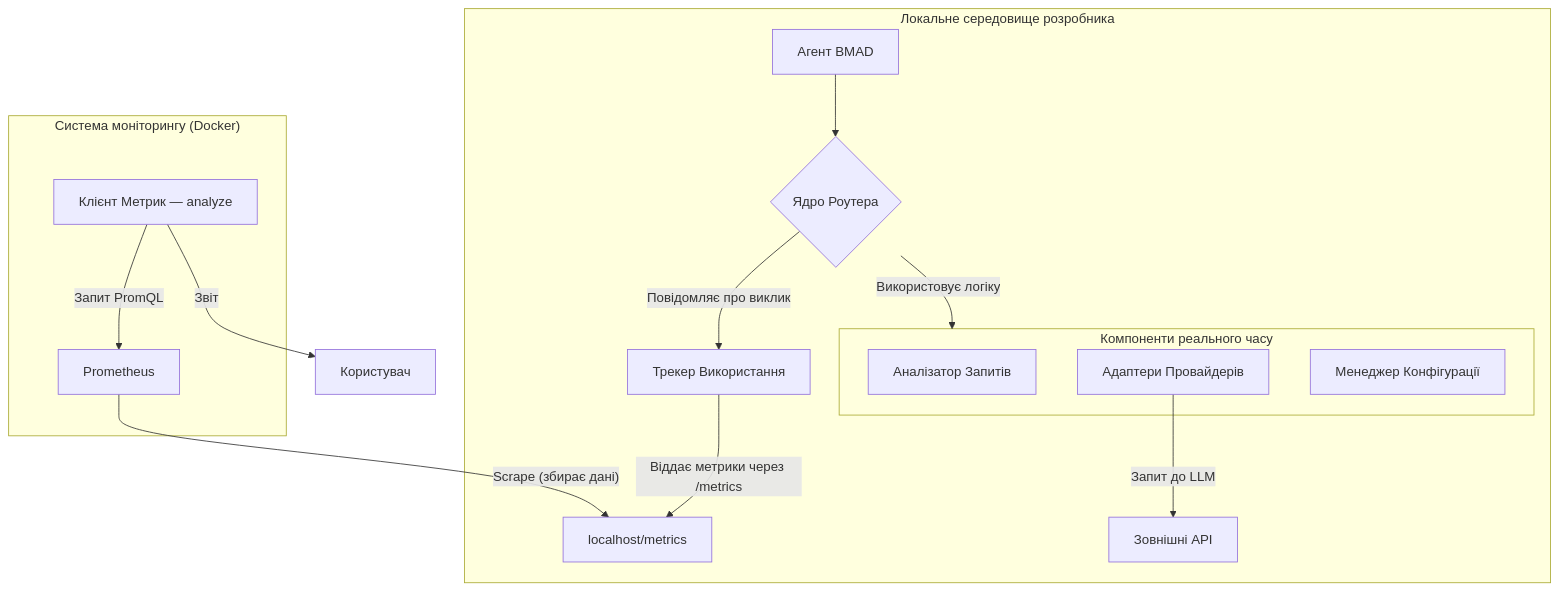
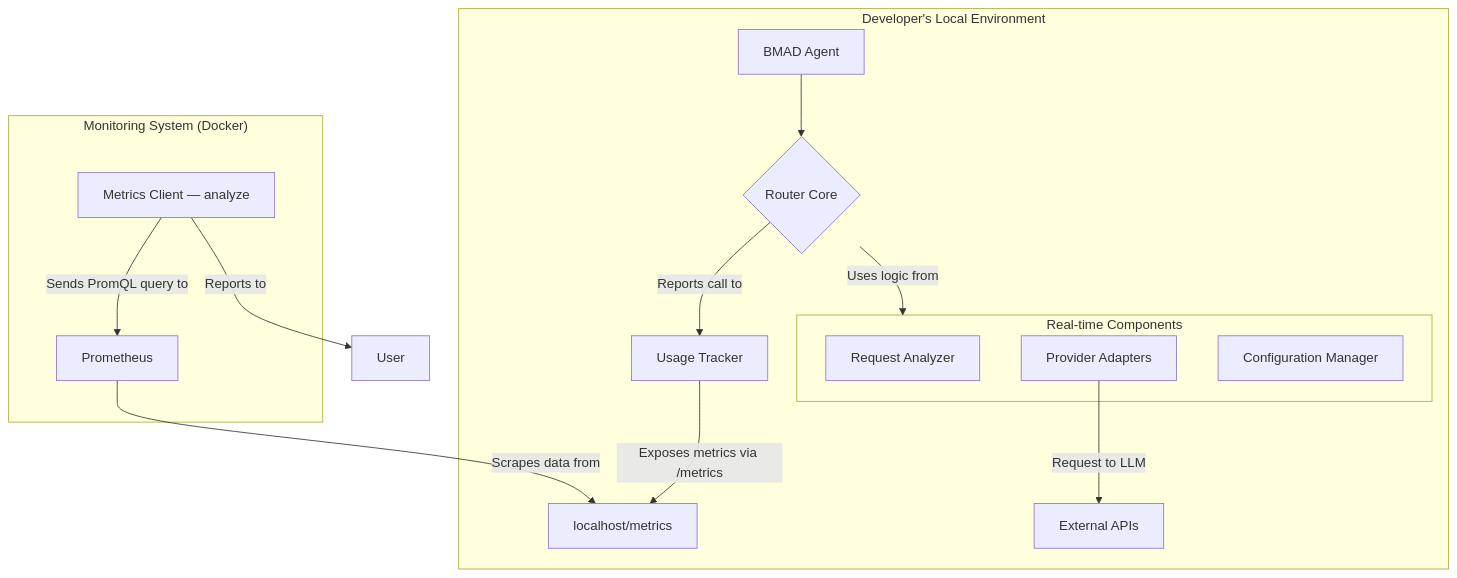
Before and after one commit to oblik-io/bmad-llm-router: the first of 2 diagrams in docs/architecture.md, drawn with Mermaid. The commit also changed other lines of this file and 4 other files, not shown here.

````diff
--- a/docs/architecture.md
+++ b/docs/architecture.md
@@ -22,26 +22,26 @@
 ```mermaid
 graph TD
-    subgraph "Локальне середовище розробника"
-        A[Агент BMAD] --> R{Ядро Роутера}
+    subgraph "Developer's Local Environment"
+        A[BMAD Agent] --> R{Router Core}
 
-        subgraph LogicSubGraph [Компоненти реального часу]
-            D[Аналізатор Запитів]
-            Adapters[Адаптери Провайдерів]
-            Cfg[Менеджер Конфігурації]
+        subgraph LogicSubGraph [Real-time Components]
+            D[Request Analyzer]
+            Adapters[Provider Adapters]
+            Cfg[Configuration Manager]
         end
 
-        R -- "Використовує логіку" --> LogicSubGraph
-        R -- "Повідомляє про виклик" --> T[Трекер Використання]
-        T -- "Віддає метрики через /metrics" --> LocalMetricsEP[localhost/metrics]
+        R -- "Uses logic from" --> LogicSubGraph
+        R -- "Reports call to" --> T[Usage Tracker]
+        T -- "Exposes metrics via /metrics" --> LocalMetricsEP[localhost/metrics]
 
-        Adapters -- "Запит до LLM" --> ExtAPI[Зовнішні API]
+        Adapters -- "Request to LLM" --> ExtAPI[External APIs]
     end
 
-    subgraph "Система моніторингу (Docker)"
+    subgraph "Monitoring System (Docker)"
         P[Prometheus]
-        P -- "Scrape (збирає дані)" --> LocalMetricsEP
-        MetricsBot[Клієнт Метрик — analyze] -- "Запит PromQL" --> P
+        P -- "Scrapes data from" --> LocalMetricsEP
+        MetricsBot[Metrics Client — analyze] -- "Sends PromQL query to" --> P
     end
 
-    MetricsBot -- "Звіт" --> U[Користувач]
+    MetricsBot -- "Reports to" --> U[User]
 ```
````
